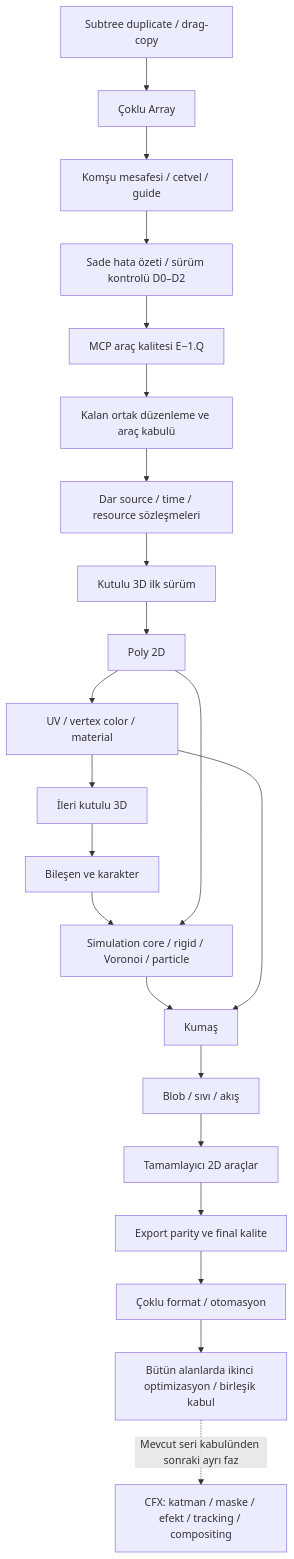
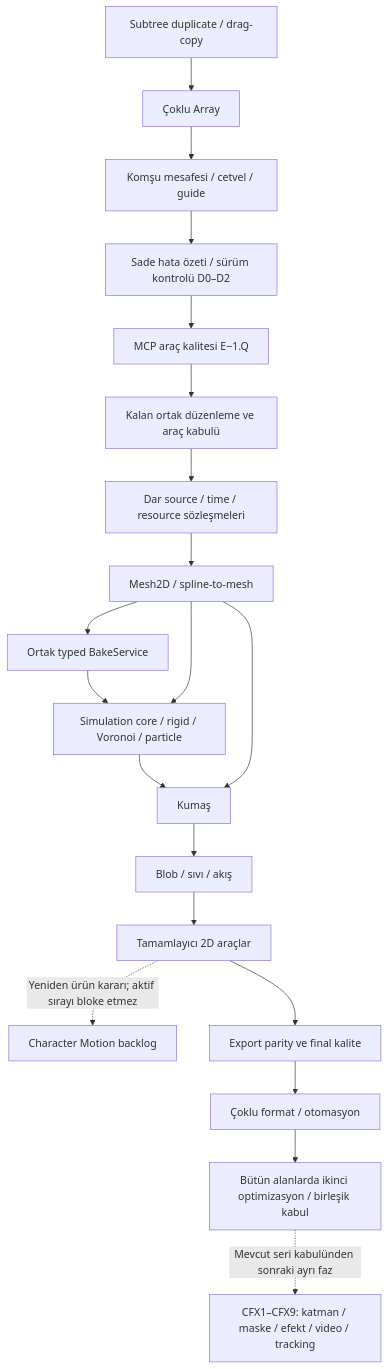
Before and after one commit to codie1982/chorono-editor: the diagram in docs/tr/production-2d-roadmap.md, drawn with Mermaid. The commit also changed other lines of this file and 14 other files, not shown here.

````diff
--- a/docs/tr/production-2d-roadmap.md
+++ b/docs/tr/production-2d-roadmap.md
@@ -92,24 +150,22 @@
 ```mermaid
 flowchart TD
     V4[Subtree duplicate / drag-copy] --> V5[Çoklu Array]
     V5 --> LAYOUT[Komşu mesafesi / cetvel / guide]
     LAYOUT --> DIAG[Sade hata özeti / sürüm kontrolü D0–D2]
     DIAG --> Q[MCP araç kalitesi E−1.Q]
     Q --> H[Kalan ortak düzenleme ve araç kabulü]
     H --> I[Dar source / time / resource sözleşmeleri]
-    I --> B[Kutulu 3D ilk sürüm]
-    B --> G[Poly 2D]
-    G --> U[UV / vertex color / material]
-    U --> B2[İleri kutulu 3D]
-    B2 --> C[Bileşen ve karakter]
-    C --> S[Simulation core / rigid / Voronoi / particle]
+    I --> G[Mesh2D / spline-to-mesh]
+    G --> BS[Ortak typed BakeService]
+    BS --> S[Simulation core / rigid / Voronoi / particle]
     G --> S
     S --> CL[Kumaş]
-    U --> CL
+    G --> CL
     CL --> L[Blob / sıvı / akış]
     L --> T[Tamamlayıcı 2D araçlar]
+    T -. Yeniden ürün kararı; aktif sırayı bloke etmez .-> C[Character Motion backlog]
     T --> E[Export parity ve final kalite]
     E --> M[Çoklu format / otomasyon]
     M --> O[Bütün alanlarda ikinci optimizasyon / birleşik kabul]
-    O -. Mevcut seri kabulünden sonraki ayrı faz .-> F[CFX: katman / maske / efekt / tracking / compositing]
+    O -. Mevcut seri kabulünden sonraki ayrı faz .-> F[CFX1–CFX9: katman / maske / efekt / video / tracking]
 ```
````
